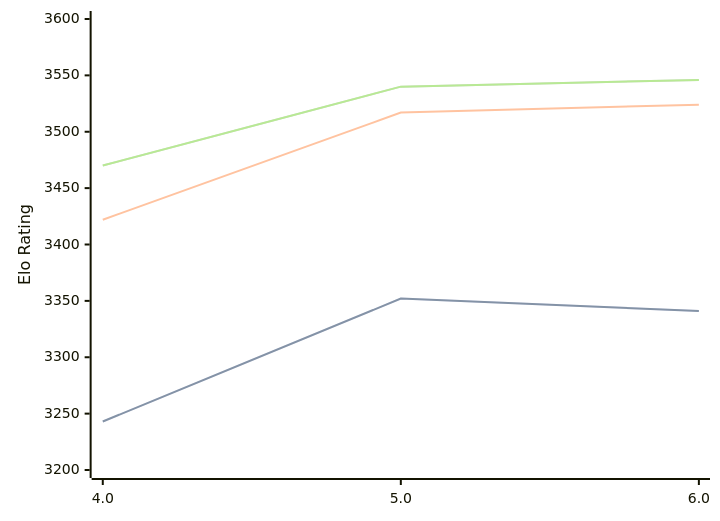
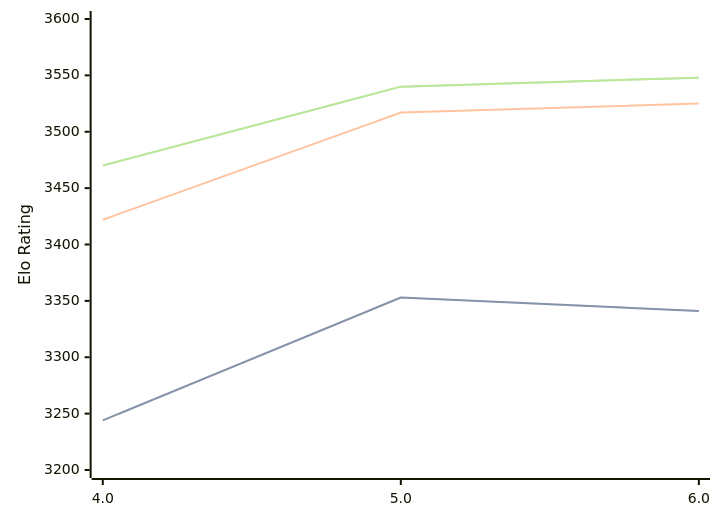
Before and after one commit to computer-chess-index/cci: the first of 3 diagrams in engines/Tarnished.md, drawn with Mermaid. The commit also changed other lines of this file, not shown here.

Commit message:
Update CCI Ratings (ELO VLTC) - 2026-07-13

````diff
--- a/engines/Tarnished.md
+++ b/engines/Tarnished.md
@@ -37,11 +37,11 @@
 ```mermaid
 %%{init: {"theme":"base","themeVariables":{"seriesColors:['#a3a3a3','#222221','#faa371']}}}%%
 xychart-beta
   x-axis ["4.0", "5.0", "6.0"]
   y-axis "Elo Rating" 3200 --> 3600
-  line "STC (8.0+0.08s)" [3243, 3352, 3341]
-  line "STC (8.0+0.08s)" [3243, 3352, 3341]
-  line "LTC (60.0+0.60s)" [3422, 3517, 3524]
-  line "VLTC (2m24s+1.12s)" [3470, 3540, 3546]
-  line "VLTC (2m24s+1.12s)" [3470, 3540, 3546]
+  line "STC (8.0+0.08s)" [3244, 3353, 3341]
+  line "STC (8.0+0.08s)" [3244, 3353, 3341]
+  line "LTC (60.0+0.60s)" [3422, 3517, 3525]
+  line "VLTC (2m24s+1.12s)" [3470, 3540, 3548]
+  line "VLTC (2m24s+1.12s)" [3470, 3540, 3548]
 ```
````
